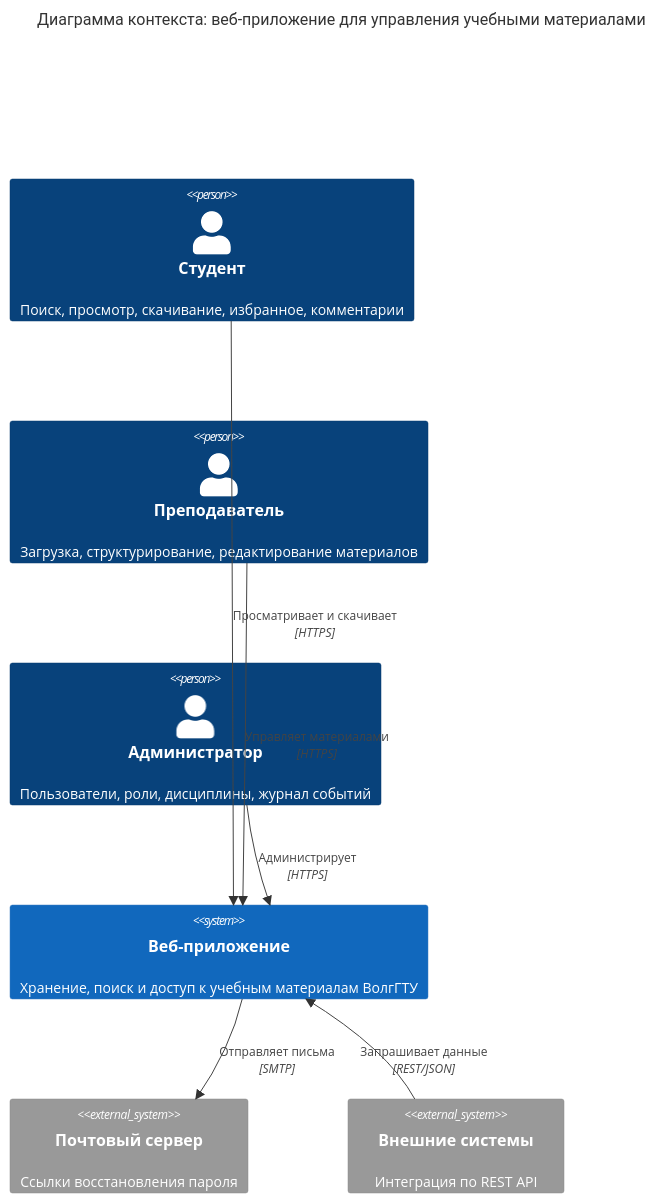
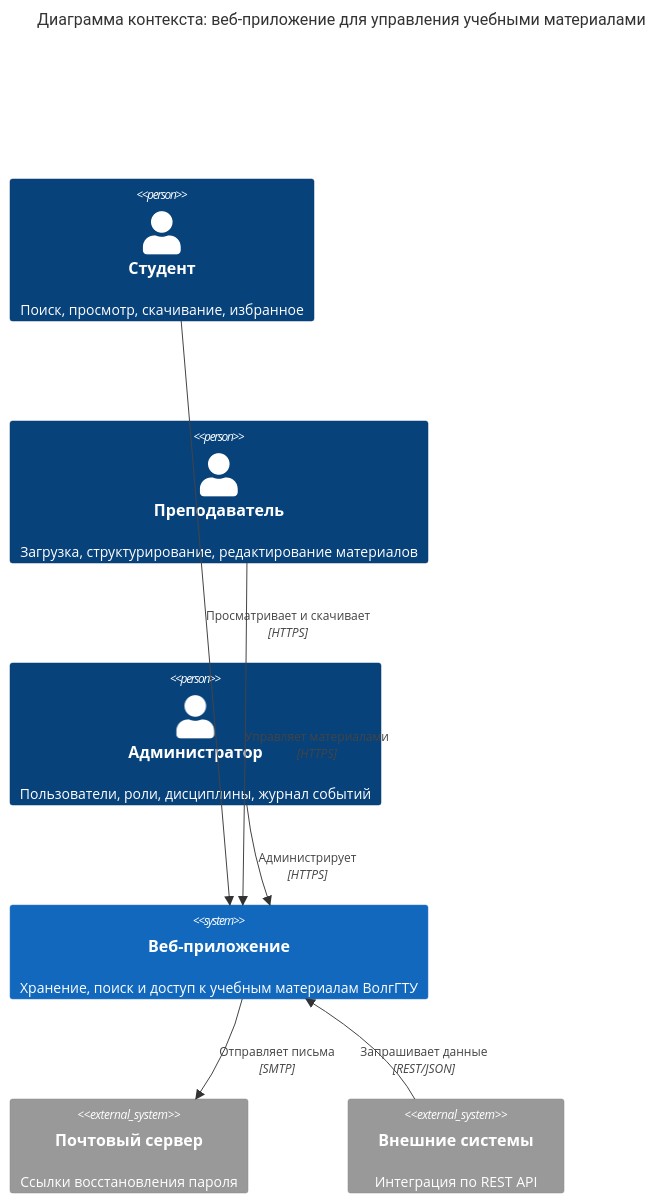
One commit to Viktorovicc/Lzskfffkak changed the first of 4 diagrams in C4.md. Above: the diagram before and after it, drawn with Mermaid.

````diff
--- a/C4.md
+++ b/C4.md
@@ -7,22 +7,22 @@
 ```mermaid
 %%{init: {'theme': 'base', 'themeVariables': {'fontFamily': 'Arial, sans-serif', 'fontSize': '16px'}}}%%
 C4Context
     title Диаграмма контекста: веб-приложение для управления учебными материалами
 
-    Person(student, "Студент", "Поиск, просмотр, скачивание, избранное, комментарии")
+    Person(student, "Студент", "Поиск, просмотр, скачивание, избранное")
     Person(teacher, "Преподаватель", "Загрузка, структурирование, редактирование материалов")
     Person(admin, "Администратор", "Пользователи, роли, дисциплины, журнал событий")
 
     System(webapp, "Веб-приложение", "Хранение, поиск и доступ к учебным материалам ВолгГТУ")
 
     System_Ext(mail, "Почтовый сервер", "Ссылки восстановления пароля")
     System_Ext(external, "Внешние системы", "Интеграция по REST API")
 
     Rel(student, webapp, "Просматривает и скачивает", "HTTPS")
     Rel(teacher, webapp, "Управляет материалами", "HTTPS")
     Rel(admin, webapp, "Администрирует", "HTTPS")
     Rel(webapp, mail, "Отправляет письма", "SMTP")
     Rel(external, webapp, "Запрашивает данные", "REST/JSON")
 
     UpdateLayoutConfig($c4ShapeInRow="2", $c4BoundaryInRow="1")
 ```
````
